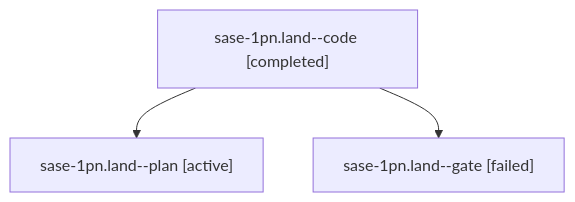
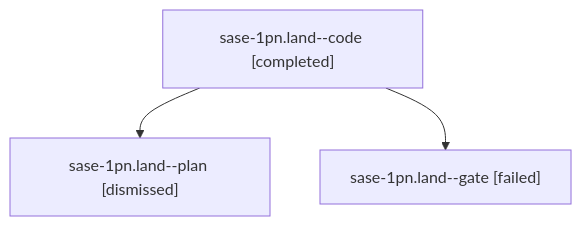
Before and after one commit to sase-org/sase--agents: the diagram in sessions/bbugyi200.athena.sase-1pn.land.md, drawn with Mermaid. The commit also changed other lines of this file and 136 other files, not shown here.

````diff
--- a/sessions/bbugyi200.athena.sase-1pn.land.md
+++ b/sessions/bbugyi200.athena.sase-1pn.land.md
@@ -9,8 +9,8 @@
 ```mermaid
 flowchart TD
   n0["sase-1pn.land--code [completed]"]
-  n1["sase-1pn.land--plan [active]"]
+  n1["sase-1pn.land--plan [dismissed]"]
   n0 --> n1
   n2["sase-1pn.land--gate [failed]"]
   n0 --> n2
 ```
````
